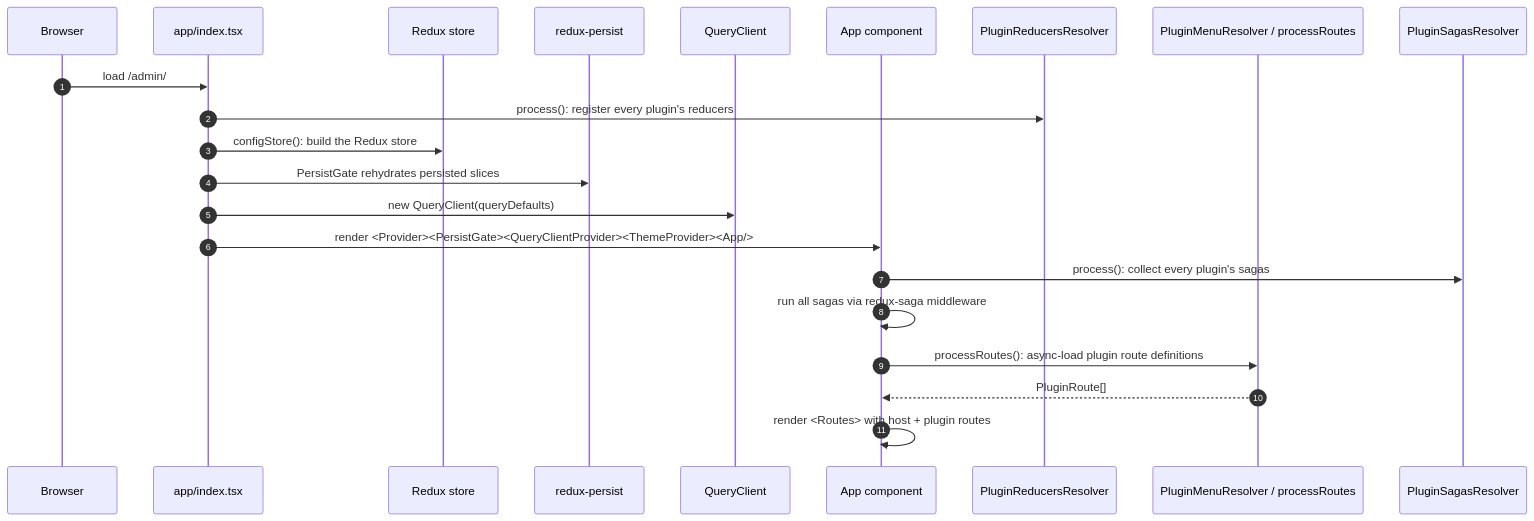
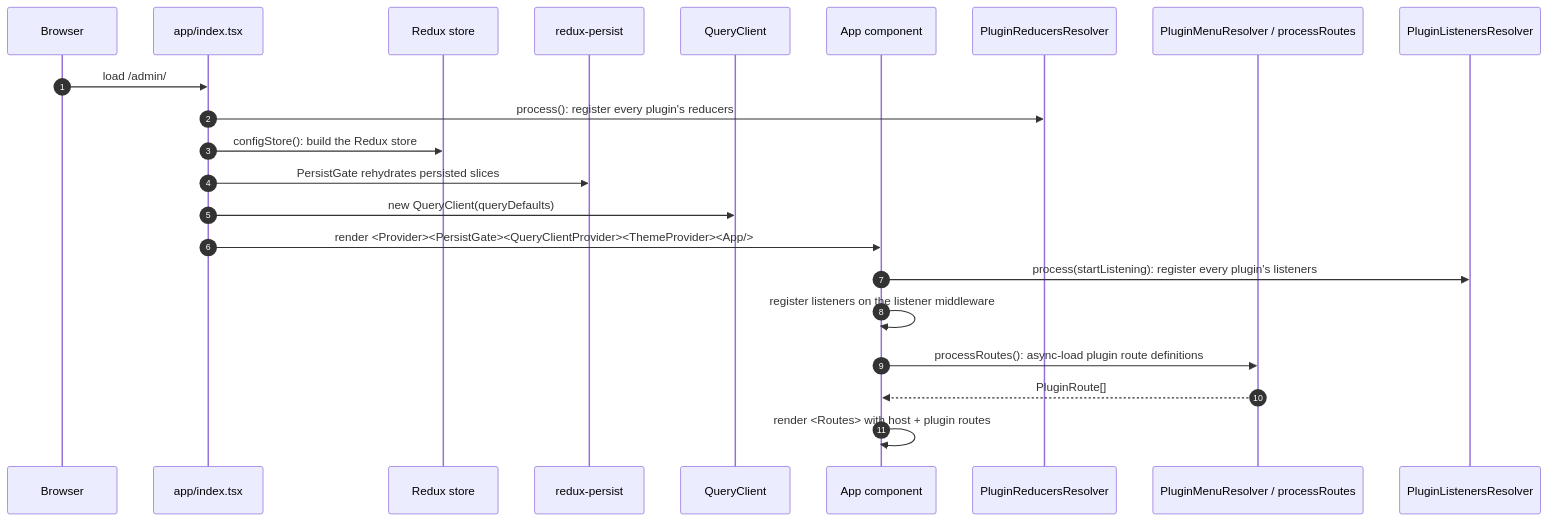
One commit to GluuFederation/flex changed the second of 2 diagrams in admin-ui/docs/architecture.md. Above: the diagram before and after it, drawn with Mermaid. The commit also changed other lines of this file and 33 other files, not shown here.

Commit message:
refactor(admin-ui): migrate Auth Server config-scripts flow off saga and remove redux-saga (#2866)

````diff
--- a/admin-ui/docs/architecture.md
+++ b/admin-ui/docs/architecture.md
@@ -52,25 +52,25 @@
 ```mermaid
 sequenceDiagram
     autonumber
     participant Browser as Browser
     participant Entry as app/index.tsx
     participant Store as Redux store
     participant Persistor as redux-persist
     participant QC as QueryClient
     participant App as App component
     participant Reducers as PluginReducersResolver
     participant Routes as PluginMenuResolver / processRoutes
-    participant Sagas as PluginSagasResolver
+    participant Listeners as PluginListenersResolver
 
     Browser->>Entry: load /admin/
     Entry->>Reducers: process(): register every plugin's reducers
     Entry->>Store: configStore(): build the Redux store
     Entry->>Persistor: PersistGate rehydrates persisted slices
     Entry->>QC: new QueryClient(queryDefaults)
     Entry->>App: render <Provider><PersistGate><QueryClientProvider><ThemeProvider><App/>
-    App->>Sagas: process(): collect every plugin's sagas
-    App->>App: run all sagas via redux-saga middleware
+    App->>Listeners: process(startListening): register every plugin's listeners
+    App->>App: register listeners on the listener middleware
     App->>Routes: processRoutes(): async-load plugin route definitions
     Routes-->>App: PluginRoute[]
     App->>App: render <Routes> with host + plugin routes
 ```
````
